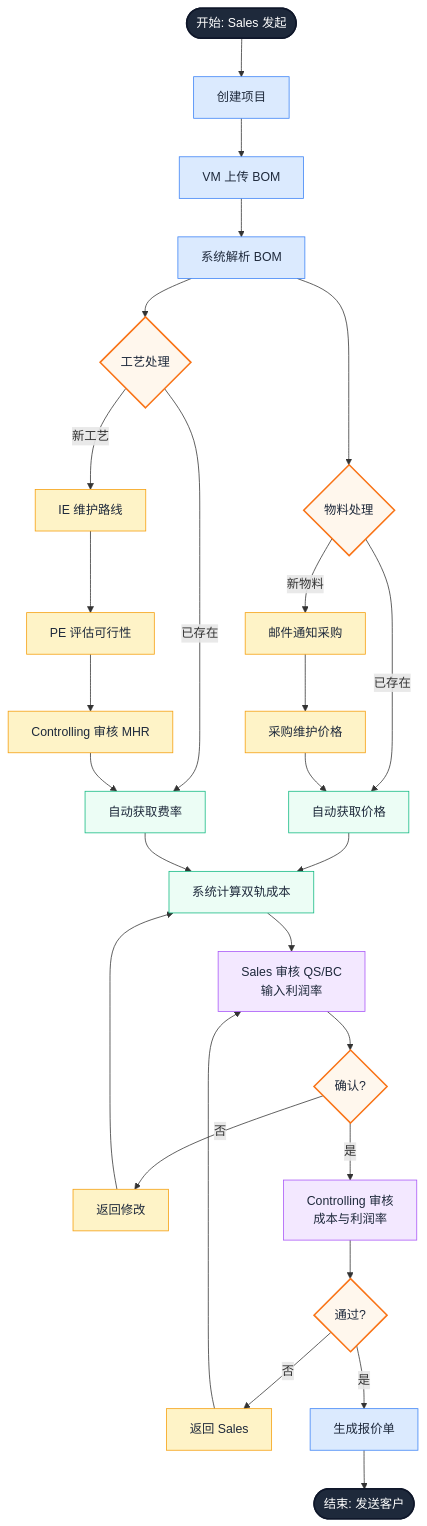
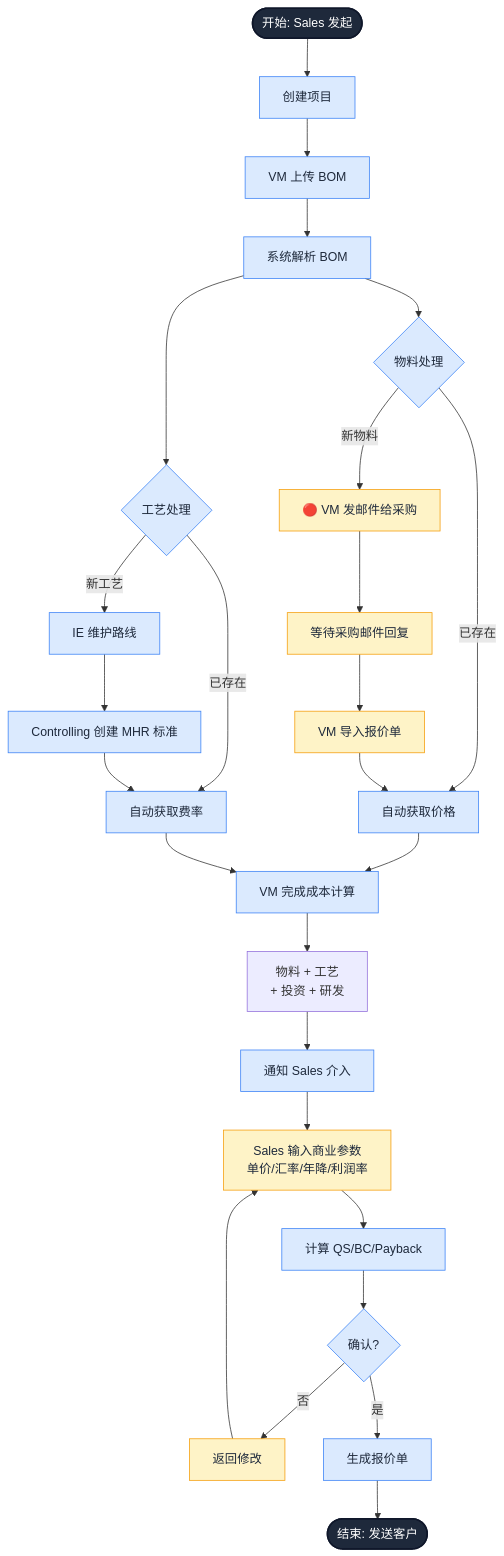
One commit to randyluo85/Quoting-Copilot changed the first of 2 diagrams in docs/PRD.md. Above: the diagram before and after it, drawn with Mermaid. The commit also changed other lines of this file and 35 other files, not shown here.

````diff
--- a/docs/PRD.md
+++ b/docs/PRD.md
@@ -371,58 +373,50 @@
 ```mermaid
 flowchart TB
     Start([开始: Sales 发起]) --> Project[创建项目]
 
     Project --> Upload[VM 上传 BOM]
     Upload --> Parse[系统解析 BOM]
 
     Parse --> MBranch{物料处理}
     Parse --> PBranch{工艺处理}
 
     %% 物料分支（左侧）
     MBranch -->|已存在| MAuto[自动获取价格]
-    MBranch -->|新物料| MMail[邮件通知采购]
-    MMail --> MPrice[采购维护价格]
-    MPrice --> MAuto
+    MBranch -->|新物料| MMail[🔴 VM 发邮件给采购]
+    MMail --> MWait[等待采购邮件回复]
+    MWait --> MImport[VM 导入报价单]
+    MImport --> MAuto
 
     %% 工艺分支（右侧）
     PBranch -->|已存在| PAuto[自动获取费率]
     PBranch -->|新工艺| PIE[IE 维护路线]
-    PIE --> PPE[PE 评估可行性]
-    PPE --> PControl[Controlling 审核 MHR]
+    PIE --> PControl[Controlling 创建 MHR 标准]
     PControl --> PAuto
 
     %% 汇合计算
-    MAuto --> Calc[系统计算双轨成本]
+    MAuto --> Calc[VM 完成成本计算]
     PAuto --> Calc
 
-    %% 审核流程（从上到下，无交叉）
-    Calc --> Sales[Sales 审核 QS/BC<br/>输入利润率]
-    Sales --> SDec{确认?}
+    Calc --> CalcFull[物料 + 工艺<br/>+ 投资 + 研发]
+    CalcFull --> Notify[通知 Sales 介入]
 
+    %% Sales 输入商业参数
+    Notify --> Sales[Sales 输入商业参数<br/>单价/汇率/年降/利润率]
+    Sales --> CalcQSBC[计算 QS/BC/Payback]
+
+    CalcQSBC --> SDec{确认?}
     SDec -->|否| SEdit[返回修改]
-    SEdit --> Calc
+    SEdit --> Sales
 
-    SDec -->|是| Control[Controlling 审核<br/>成本与利润率]
-    Control --> CDec{通过?}
-
-    CDec -->|否| CEdit[返回 Sales]
-    CEdit --> Sales
-
-    CDec -->|是| Export[生成报价单]
+    SDec -->|是| Export[生成报价单]
     Export --> End([结束: 发送客户])
 
-    %% 样式：深色文字 + 浅色背景
+    %% 样式：不超过3种颜色
     classDef startEnd fill:#1e293b,stroke:#0f172a,stroke-width:2px,color:#fff
-    classDef decision fill:#fff7ed,stroke:#f97316,stroke-width:2px,color:#1e293b
-    classDef auto fill:#ecfdf5,stroke:#10b981,stroke-width:1px,color:#1e293b
-    classDef manual fill:#fef3c7,stroke:#f59e0b,stroke-width:1px,color:#1e293b
-    classDef system fill:#dbeafe,stroke:#3b82f6,stroke-width:1px,color:#1e293b
-    classDef review fill:#f3e8ff,stroke:#a855f7,stroke-width:1px,color:#1e293b
+    classDef process fill:#dbeafe,stroke:#3b82f6,stroke-width:1px,color:#1e293b
+    classDef highlight fill:#fef3c7,stroke:#f59e0b,stroke-width:1px,color:#1e293b
 
     class Start,End startEnd
-    class MBranch,PBranch,SDec,CDec decision
-    class MAuto,PAuto,Calc auto
-    class MMail,MPrice,PIE,PPE,PControl,SEdit,CEdit manual
-    class Project,Upload,Parse,Export system
-    class Sales,Control review
+    class MBranch,PBranch,SDec,MAuto,PAuto,Calc,CalcQSBC,PIE,PControl,Project,Upload,Parse,Notify,Export process
+    class SEdit,MImport,Sales,MMail,MWait highlight
 ```
````
